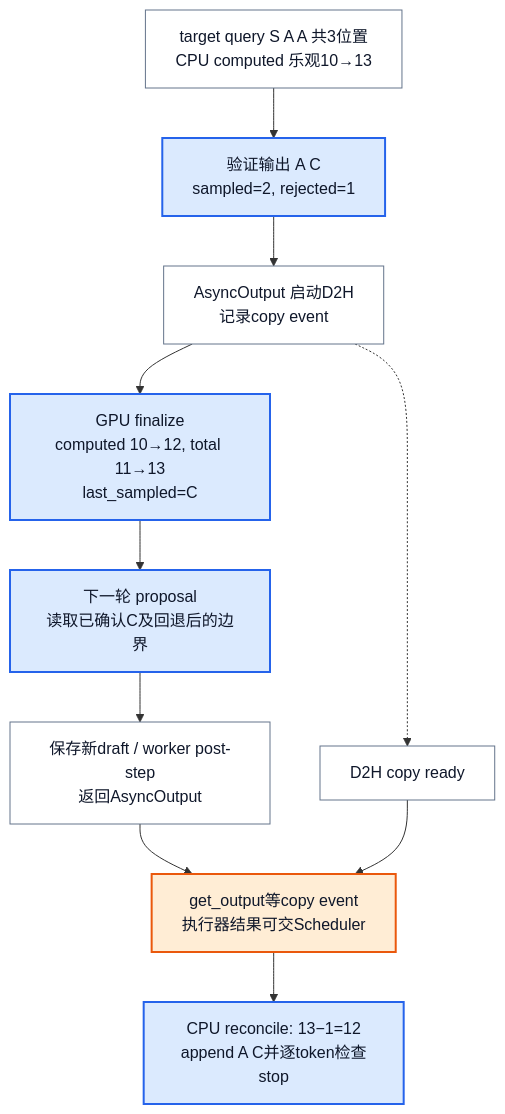
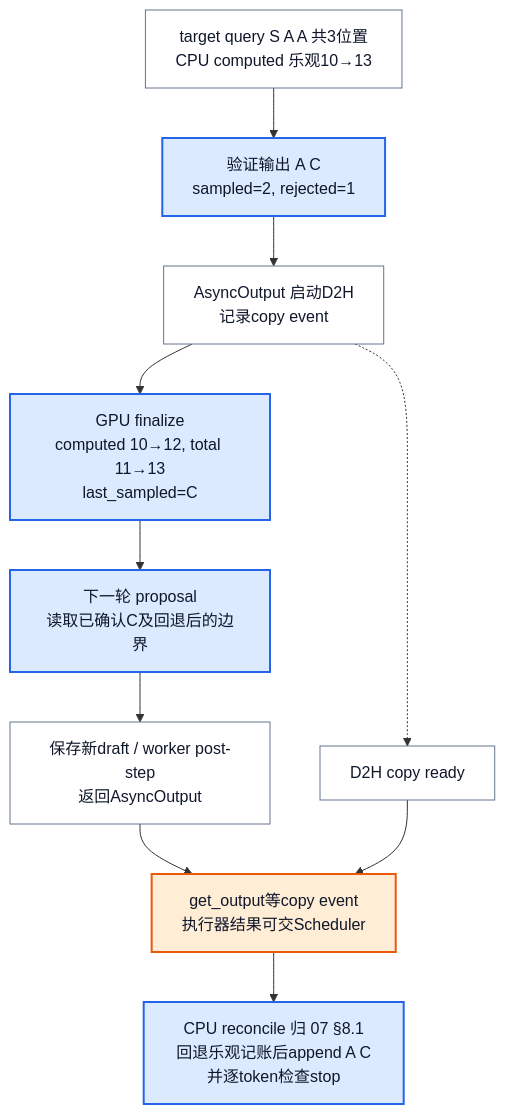
The seventh of 8 diagrams in wiki/02_engineering/03_infer_frameworks/vllm/16_vllm_speculative_decoding_analysis.md (suhaibo666/llm-knowledge), drawn with Mermaid before and after one commit. The commit also changed other lines of this file and 89 other files, not shown here.

````diff
--- a/wiki/02_engineering/03_infer_frameworks/vllm/16_vllm_speculative_decoding_analysis.md
+++ b/wiki/02_engineering/03_infer_frameworks/vllm/16_vllm_speculative_decoding_analysis.md
@@ -232,18 +387,18 @@
 ```mermaid
 flowchart TB
     A["target query S A A 共3位置<br/>CPU computed 乐观10→13"] --> B["验证输出 A C<br/>sampled=2, rejected=1"]
     B --> L["AsyncOutput 启动D2H<br/>记录copy event"]
     L --> G["GPU finalize<br/>computed 10→12, total 11→13<br/>last_sampled=C"]
     L -.-> C["D2H copy ready"]
     G --> P["下一轮 proposal<br/>读取已确认C及回退后的边界"]
     P --> W["保存新draft / worker post-step<br/>返回AsyncOutput"]
     W --> J["get_output等copy event<br/>执行器结果可交Scheduler"]
     C --> J
-    J --> S["CPU reconcile: 13−1=12<br/>append A C并逐token检查stop"]
+    J --> S["CPU reconcile 归 07 §8.1<br/>回退乐观记账后append A C并逐token检查stop"]
     classDef neutral fill:#ffffff,stroke:#64748b,color:#0f172a
     classDef acc1 fill:#dbeafe,stroke:#2563eb,color:#0f172a,stroke-width:2px
     classDef acc2 fill:#ffedd5,stroke:#ea580c,color:#0f172a,stroke-width:2px
     class A,L,C,W neutral
     class B,G,P,S acc1
     class J acc2
 ```
````
